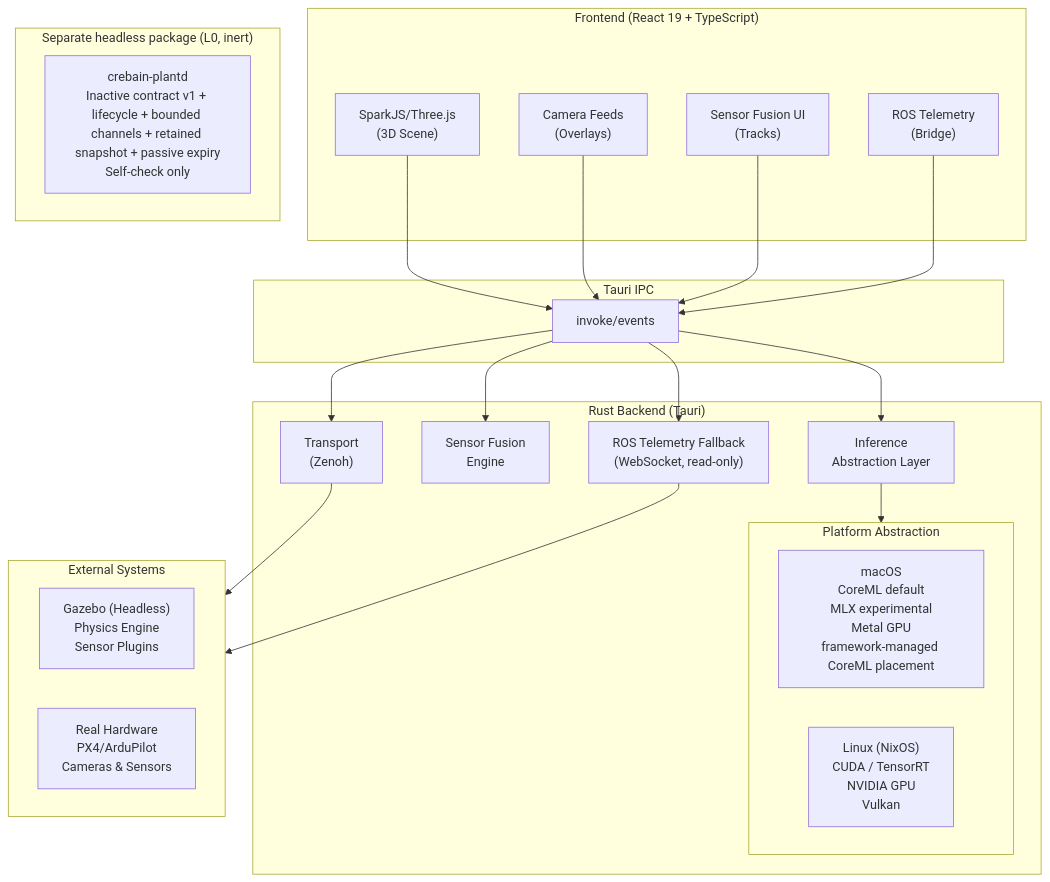
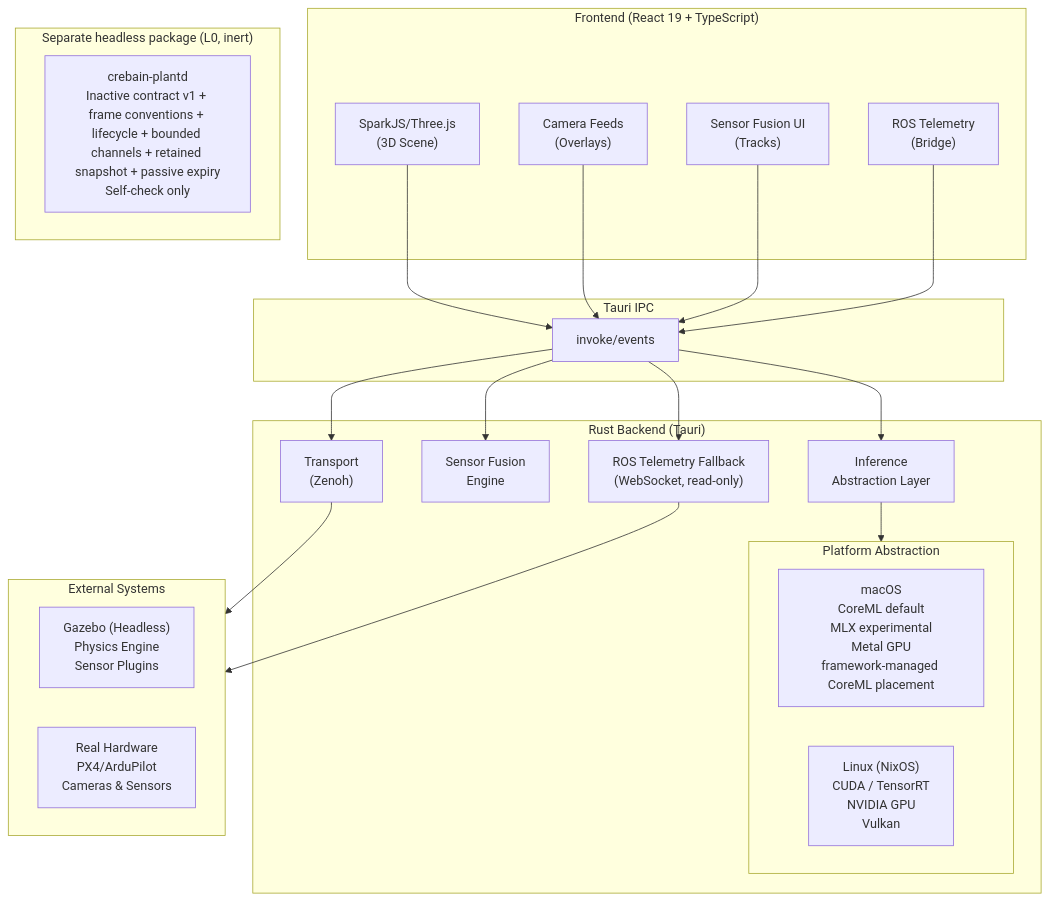
Before and after one commit to sepahead/crebain: the first of 3 diagrams in docs/ARCHITECTURE.md, drawn with Mermaid. The commit also changed other lines of this file and 30 other files, not shown here.

````diff
--- a/docs/ARCHITECTURE.md
+++ b/docs/ARCHITECTURE.md
@@ -10,49 +10,49 @@
 ```mermaid
 graph TB
     subgraph Frontend["Frontend (React 19 + TypeScript)"]
         ThreeJS["SparkJS/Three.js<br/>(3D Scene)"]
         CameraFeeds["Camera Feeds<br/>(Overlays)"]
         FusionUI["Sensor Fusion UI<br/>(Tracks)"]
         ROSControls["ROS Telemetry<br/>(Bridge)"]
     end
 
     subgraph IPC["Tauri IPC"]
         Invoke["invoke/events"]
     end
 
     subgraph Backend["Rust Backend (Tauri)"]
         Inference["Inference<br/>Abstraction Layer"]
         SensorFusion["Sensor Fusion<br/>Engine"]
         Zenoh["Transport<br/>(Zenoh)"]
         ROSBridge["ROS Telemetry Fallback<br/>(WebSocket, read-only)"]
 
         subgraph Platform["Platform Abstraction"]
             macOS["macOS<br/>CoreML default<br/>MLX experimental<br/>Metal GPU<br/>framework-managed CoreML placement"]
             Linux["Linux (NixOS)<br/>CUDA / TensorRT<br/>NVIDIA GPU<br/>Vulkan"]
         end
     end
 
     subgraph PlantFoundation["Separate headless package (L0, inert)"]
-        Plantd["crebain-plantd<br/>Inactive contract v1 + lifecycle + bounded channels + retained snapshot + passive expiry<br/>Self-check only"]
+        Plantd["crebain-plantd<br/>Inactive contract v1 + frame conventions + lifecycle + bounded channels + retained snapshot + passive expiry<br/>Self-check only"]
     end
 
     subgraph External["External Systems"]
         Gazebo["Gazebo (Headless)<br/>Physics Engine<br/>Sensor Plugins"]
         Hardware["Real Hardware<br/>PX4/ArduPilot<br/>Cameras & Sensors"]
     end
 
     ThreeJS --> Invoke
     CameraFeeds --> Invoke
     FusionUI --> Invoke
     ROSControls --> Invoke
 
     Invoke --> Inference
     Invoke --> SensorFusion
     Invoke --> Zenoh
     Invoke --> ROSBridge
 
     Inference --> Platform
 
     Zenoh --> External
     ROSBridge --> External
 ```
````
